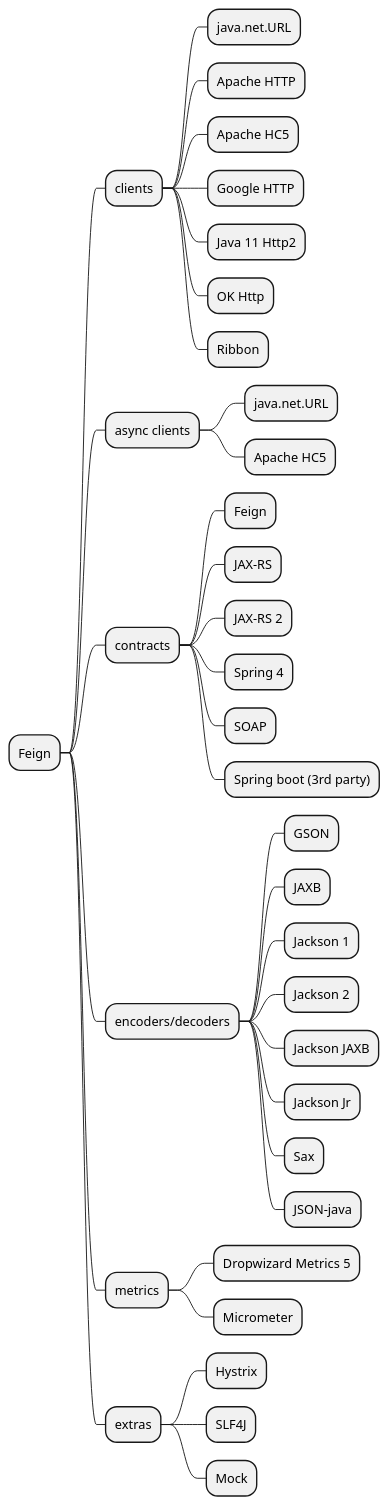
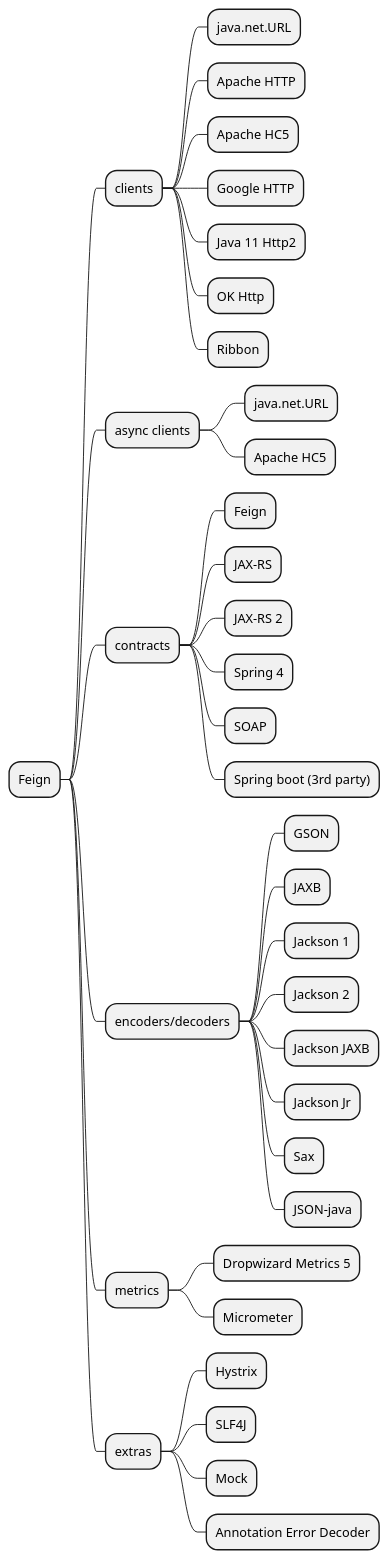
Before and after one commit to OpenFeign/feign: the diagram in src/docs/overview-mindmap.iuml, drawn with PlantUML.

Commit message:
#1447 add Annotation Error Decoder to the mindmap

```diff
--- a/src/docs/overview-mindmap.iuml
+++ b/src/docs/overview-mindmap.iuml
@@ -1,37 +1,38 @@
 @startmindmap
 * Feign
 ** clients
 *** java.net.URL
 *** Apache HTTP
 *** Apache HC5
 *** Google HTTP
 *** Java 11 Http2
 *** OK Http
 *** Ribbon
 ** async clients
 *** java.net.URL
 *** Apache HC5
 ** contracts
 *** Feign
 *** JAX-RS
 *** JAX-RS 2
 *** Spring 4
 *** SOAP
 *** Spring boot (3rd party)
 ** encoders/decoders
 *** GSON
 *** JAXB
 *** Jackson 1
 *** Jackson 2
 *** Jackson JAXB
 *** Jackson Jr
 *** Sax
 *** JSON-java
 ** metrics
 *** Dropwizard Metrics 5
 *** Micrometer
 ** extras
 *** Hystrix
 *** SLF4J
 *** Mock
+*** Annotation Error Decoder
 @endmindmap
```
